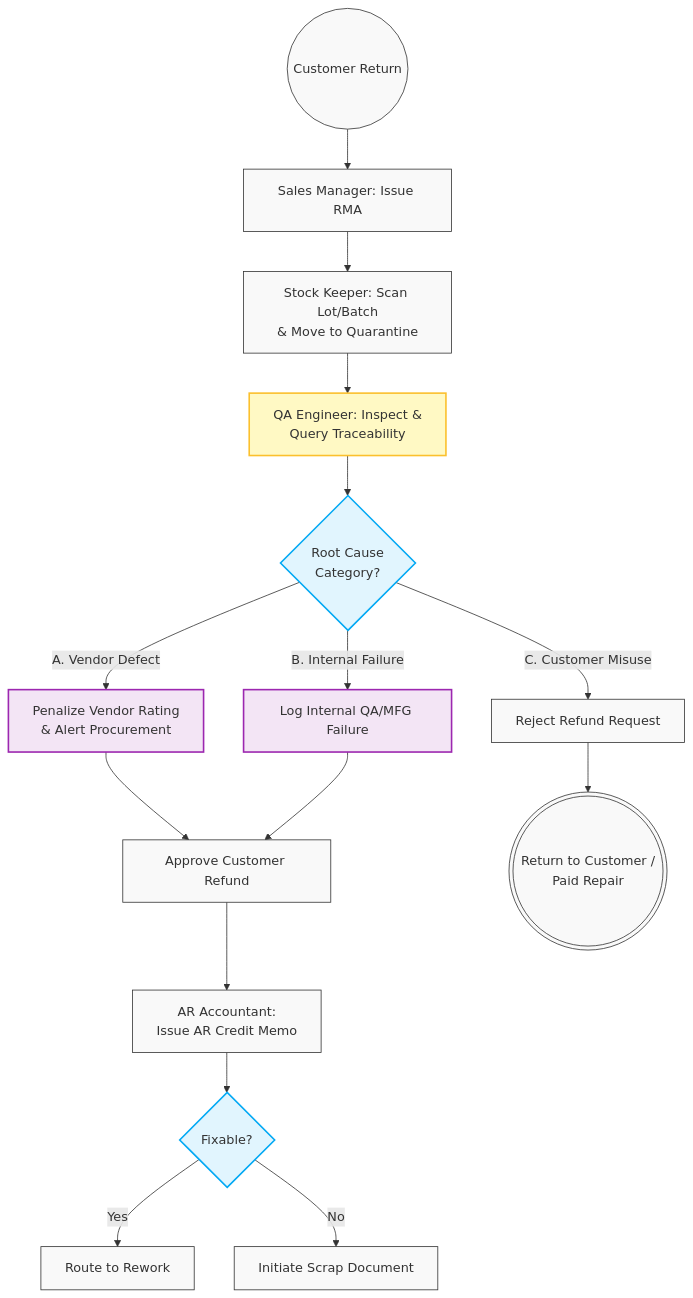
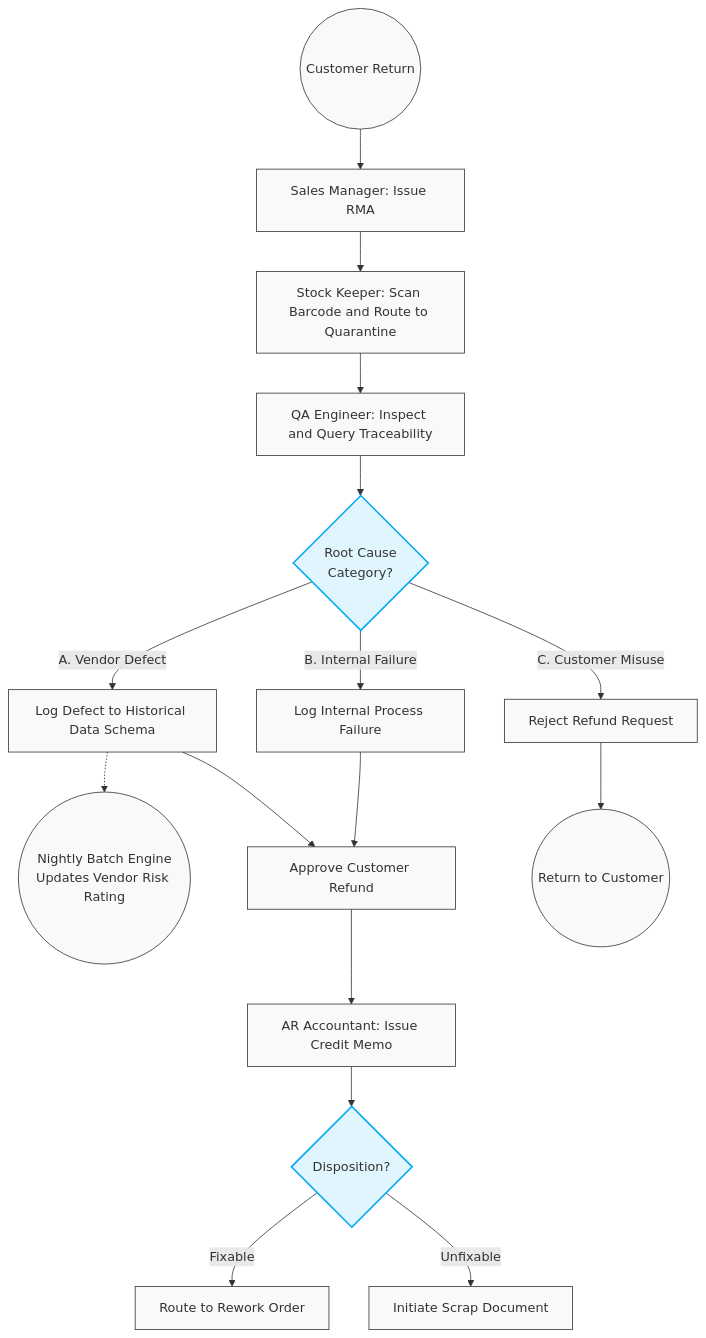
One commit to vikkimovcharenko/ERP-Lifecycle changed the diagram in 07_Order_Fulfillment_and_Sales/702_Customer_Returns_RMA.md. Above: the diagram before and after it, drawn with Mermaid. The commit also changed other lines of this file, not shown here.

````diff
--- a/07_Order_Fulfillment_and_Sales/702_Customer_Returns_RMA.md
+++ b/07_Order_Fulfillment_and_Sales/702_Customer_Returns_RMA.md
@@ -27,36 +27,29 @@
 ```mermaid
 flowchart TD
     Start((Customer Return)) --> RMA[Sales Manager: Issue RMA]
-    RMA --> Receipt[Stock Keeper: Scan Lot/Batch<br>& Move to Quarantine]
+    RMA --> Receipt[Stock Keeper: Scan Barcode and Route to Quarantine]
     
-    Receipt --> QA[QA Engineer: Inspect &<br>Query Traceability]
-    QA --> RootCause{Root Cause<br>Category?}
+    Receipt --> QA[QA Engineer: Inspect and Query Traceability]
+    QA --> Cause{Root Cause<br>Category?}
     
-    %% Category A: Vendor
-    RootCause -- A. Vendor Defect --> Alert[Penalize Vendor Rating<br>& Alert Procurement]
-    Alert --> RefundCheck
+    %% Defect Categorization
+    Cause -- A. Vendor Defect --> LogVendor[Log Defect to Historical Data Schema]
+    LogVendor -.-> Batch((Nightly Batch Engine<br>Updates Vendor Risk Rating))
+    LogVendor --> RefundCheck
     
-    %% Category B: Internal
-    RootCause -- B. Internal Failure --> IntLog[Log Internal QA/MFG Failure]
-    IntLog --> RefundCheck
+    Cause -- B. Internal Failure --> LogInternal[Log Internal Process Failure] --> RefundCheck
     
-    %% Category C: Customer Misuse
-    RootCause -- C. Customer Misuse --> RejectRefund[Reject Refund Request]
-    RejectRefund --> End1(((Return to Customer /<br>Paid Repair)))
+    Cause -- C. Customer Misuse --> Reject[Reject Refund Request] --> Return((Return to Customer))
     
-    %% Disposition & Finance for Valid Returns
-    RefundCheck[Approve Customer Refund] --> AR[AR Accountant:<br>Issue AR Credit Memo]
-    AR --> QADecision{Fixable?}
+    %% Financial & Disposition
+    RefundCheck[Approve Customer Refund] --> CM[AR Accountant: Issue Credit Memo]
+    CM --> Disp{Disposition?}
     
-    QADecision -- Yes --> Rework[Route to Rework]
-    QADecision -- No --> Scrap[Initiate Scrap Document]
+    Disp -- Fixable --> Rework[Route to Rework Order]
+    Disp -- Unfixable --> Scrap[Initiate Scrap Document]
 
     classDef default fill:#f9f9f9,stroke:#333,stroke-width:1px;
     classDef decision fill:#e1f5fe,stroke:#03a9f4,stroke-width:2px;
-    classDef sysAction fill:#f3e5f5,stroke:#9c27b0,stroke-width:2px;
-    classDef highlight fill:#fff9c4,stroke:#fbc02d,stroke-width:2px;
-    
-    class RootCause,QADecision decision;
-    class Alert,IntLog sysAction;
-    class QA highlight;
+    class Cause,Disp decision;
+    class Batch fill:#e8eaf6,stroke:#3f51b5,stroke-width:2px;
 ```
````
